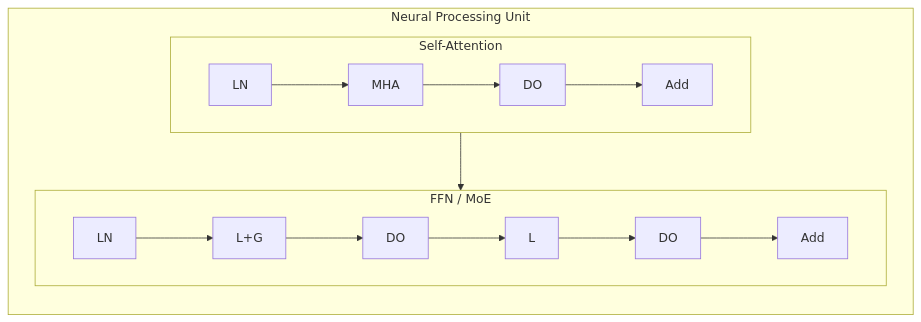
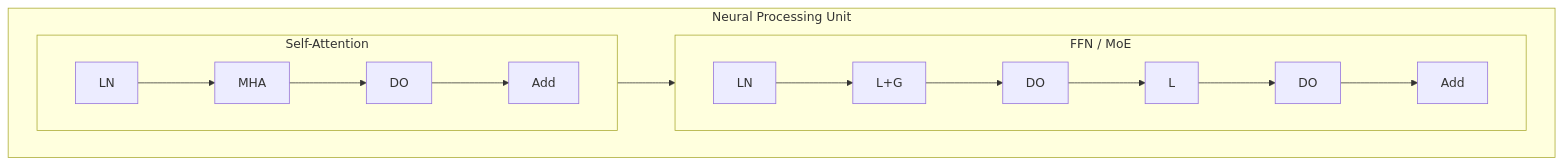
Before and after one commit to Neutron-Binary-LLC/OpenMetis: the third of 6 diagrams in README.md, drawn with Mermaid.

Commit message:
Rename `HybridRecurrentMathBlock` to `NeuroSymbolicReasoningCell` across modules for consistency and clarity. Refactor imports accordingly.

````diff
--- a/README.md
+++ b/README.md
@@ -78,15 +78,15 @@
 ```mermaid
 graph LR
     subgraph Neural_Core [Neural Processing Unit]
-        direction TB
+        direction LR
         subgraph AttnBlock [Self-Attention]
             direction LR
             Norm_A[LN] --> MHA[MHA] --> Drop_A[DO] --> Add_A[Add]
         end
         subgraph FFNBlock [FFN / MoE]
             direction LR
             Norm_F[LN] --> Lin1[L+G] --> Drop_F1[DO] --> Lin2[L] --> Drop_F2[DO] --> Add_F[Add]
         end
         Add_A --> Norm_F
     end
 ```
````
